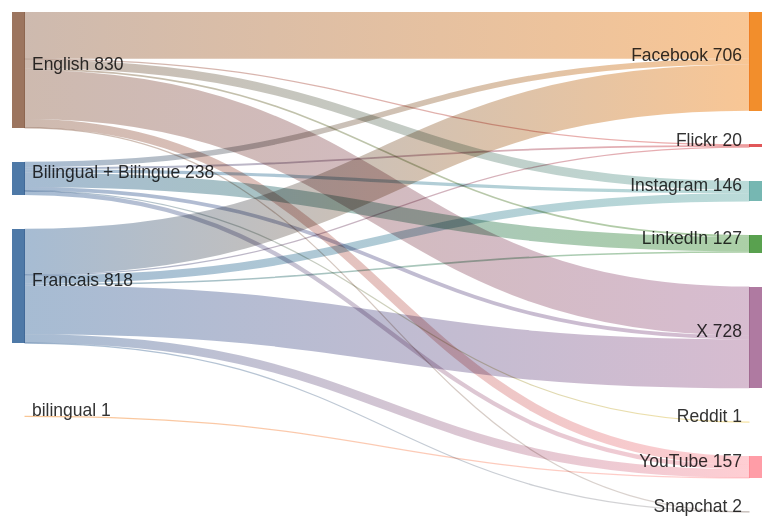
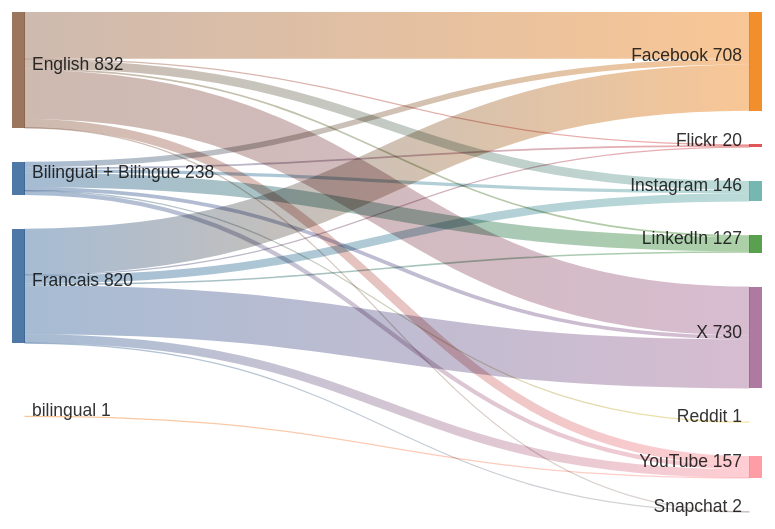
Before and after one commit to PatLittle/GC-Socials: the diagram in sankey_diagram.md, drawn with Mermaid.

Commit message:
Update Sankey diagram for the most recent day

````diff
--- a/sankey_diagram.md
+++ b/sankey_diagram.md
@@ -1,25 +1,25 @@
 ```mermaid
 sankey-beta
   Bilingual + Bilingue,Facebook,40
   Bilingual + Bilingue,Flickr,13
   Bilingual + Bilingue,Instagram,23
   Bilingual + Bilingue,LinkedIn,104
   Bilingual + Bilingue,Reddit,1
   Bilingual + Bilingue,X,27
   Bilingual + Bilingue,YouTube,30
-  English,Facebook,335
+  English,Facebook,336
   English,Flickr,4
   English,Instagram,64
   English,LinkedIn,12
   English,Snapchat,1
-  English,X,350
+  English,X,351
   English,YouTube,64
-  Francais,Facebook,331
+  Francais,Facebook,332
   Francais,Flickr,3
   Francais,Instagram,59
   Francais,LinkedIn,11
   Francais,Snapchat,1
-  Francais,X,351
+  Francais,X,352
   Francais,YouTube,62
   bilingual,YouTube,1
 ```
````
